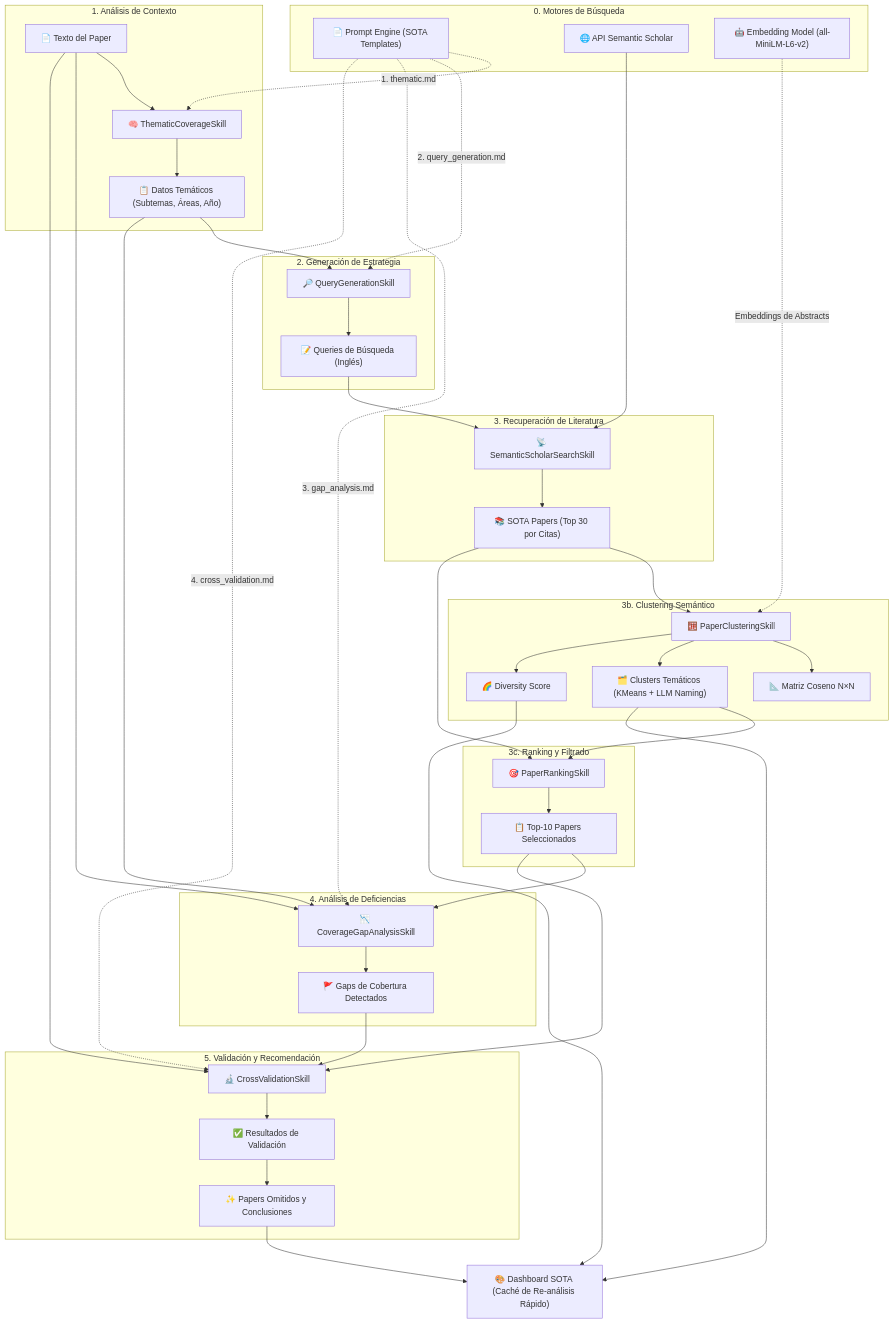
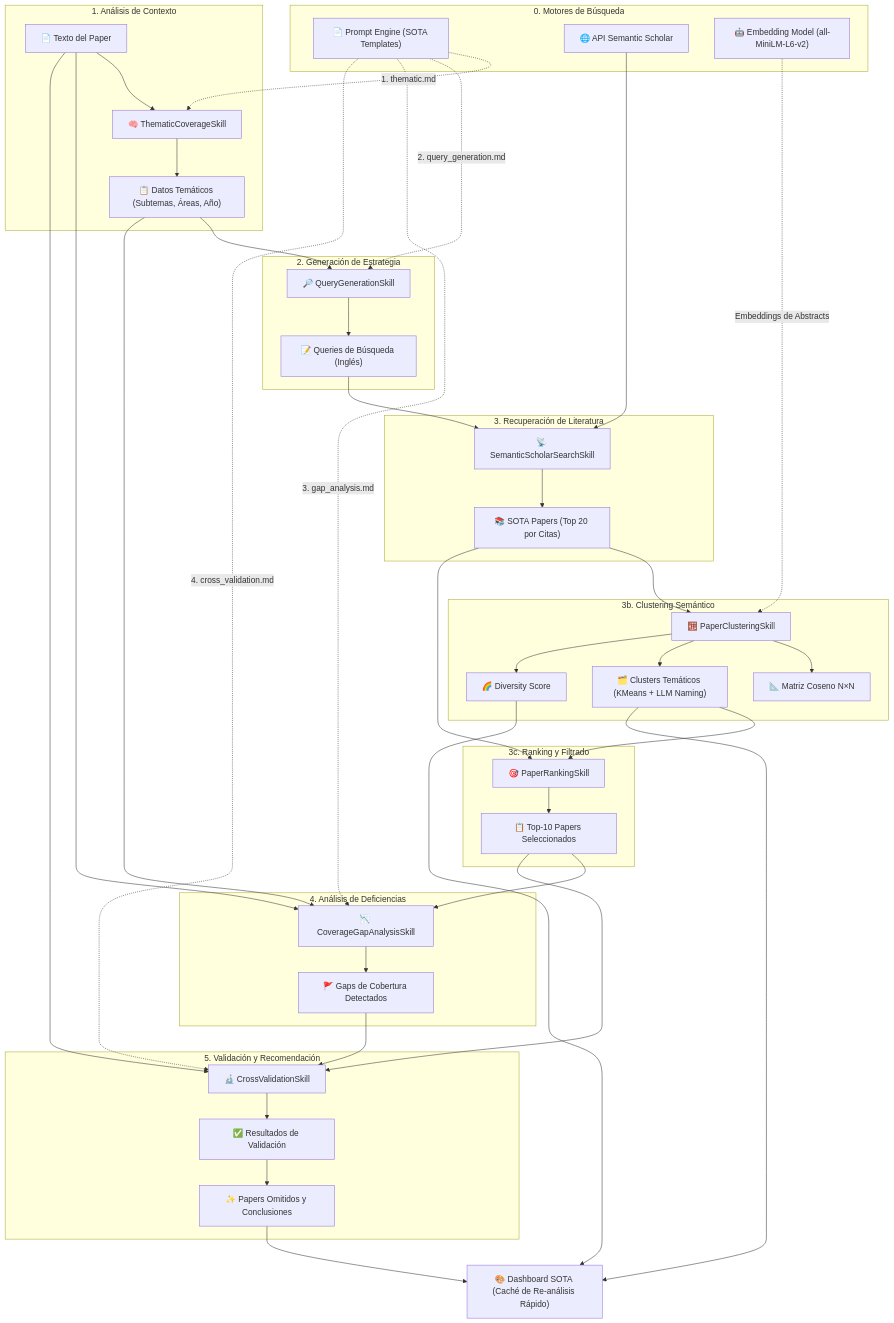
One commit to pedrosalvo04/TFG.-llm-paper-auditor changed the diagram in SOTA_WORKFLOW.md. Above: the diagram before and after it, drawn with Mermaid. The commit also changed other lines of this file and 17 other files, not shown here.

````diff
--- a/SOTA_WORKFLOW.md
+++ b/SOTA_WORKFLOW.md
@@ -24,55 +24,55 @@
 ```mermaid
 graph TD
     subgraph "0. Motores de Búsqueda"
         PE["📄 Prompt Engine (SOTA Templates)"]
         SS["🌐 API Semantic Scholar"]
         EM["🤖 Embedding Model (all-MiniLM-L6-v2)"]
     end
 
     subgraph "1. Análisis de Contexto"
         A["📄 Texto del Paper"] --> B["🧠 ThematicCoverageSkill"]
         PE -. "1. thematic.md" .-> B
         B --> C["📋 Datos Temáticos (Subtemas, Áreas, Año)"]
     end
 
     subgraph "2. Generación de Estrategia"
         C --> D["🔎 QueryGenerationSkill"]
         PE -. "2. query_generation.md" .-> D
         D --> E["📝 Queries de Búsqueda (Inglés)"]
     end
 
     subgraph "3. Recuperación de Literatura"
         E --> F["📡 SemanticScholarSearchSkill"]
         SS --> F
-        F --> G["📚 SOTA Papers (Top 30 por Citas)"]
+        F --> G["📚 SOTA Papers (Top 20 por Citas)"]
     end
 
     subgraph "3b. Clustering Semántico"
         G --> CL["🧮 PaperClusteringSkill"]
         EM -. "Embeddings de Abstracts" .-> CL
         CL --> CLA["📐 Matriz Coseno N×N"]
         CL --> CLB["🗂️ Clusters Temáticos (KMeans + LLM Naming)"]
         CL --> CLC["🌈 Diversity Score"]
     end
 
     subgraph "3c. Ranking y Filtrado"
         G & CLB --> R["🎯 PaperRankingSkill"]
         R --> RA["📋 Top-10 Papers Seleccionados"]
     end
 
     subgraph "4. Análisis de Deficiencias"
         A & C & RA --> H["📉 CoverageGapAnalysisSkill"]
         PE -. "3. gap_analysis.md" .-> H
         H --> I["🚩 Gaps de Cobertura Detectados"]
     end
 
     subgraph "5. Validación y Recomendación"
         A & RA & I --> J["🔬 CrossValidationSkill"]
         PE -. "4. cross_validation.md" .-> J
         J --> K["✅ Resultados de Validación"]
         K --> L["✨ Papers Omitidos y Conclusiones"]
     end
 
     CLB & CLC --> M["🎨 Dashboard SOTA (Caché de Re-análisis Rápido)"]
     L --> M
 ```
````
